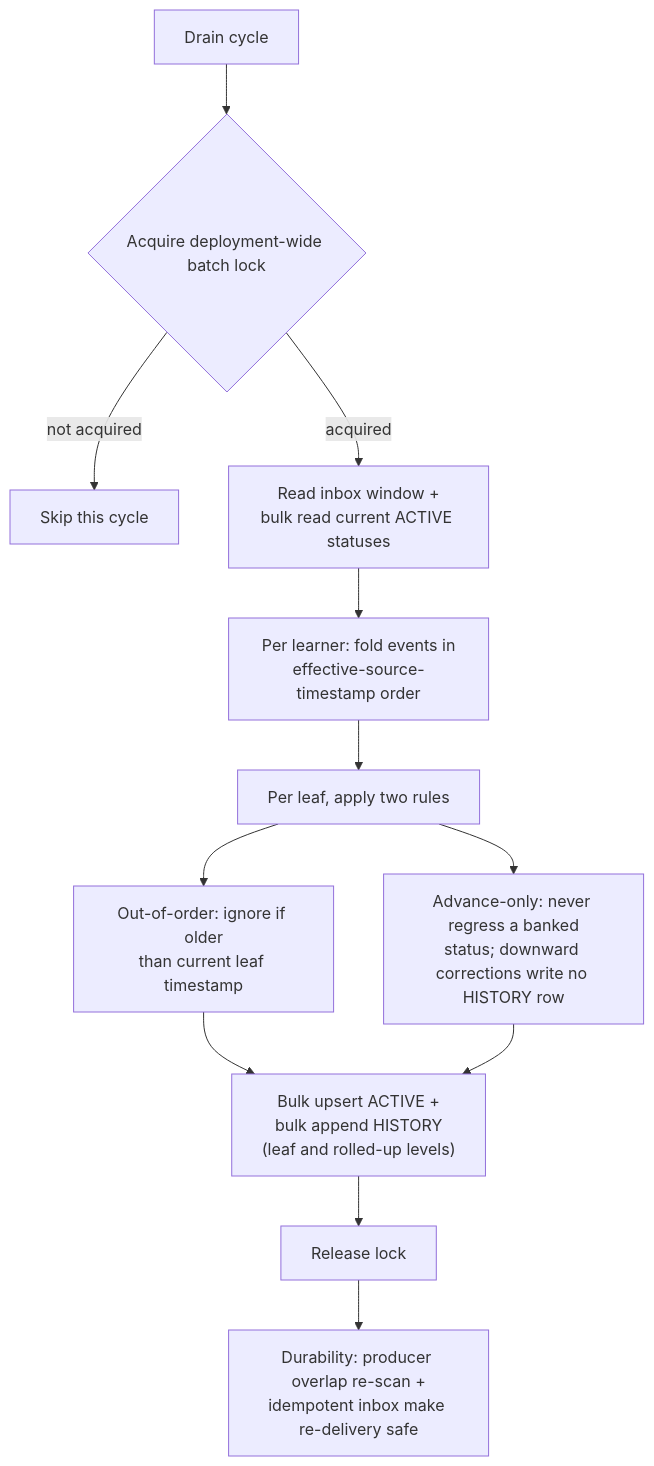
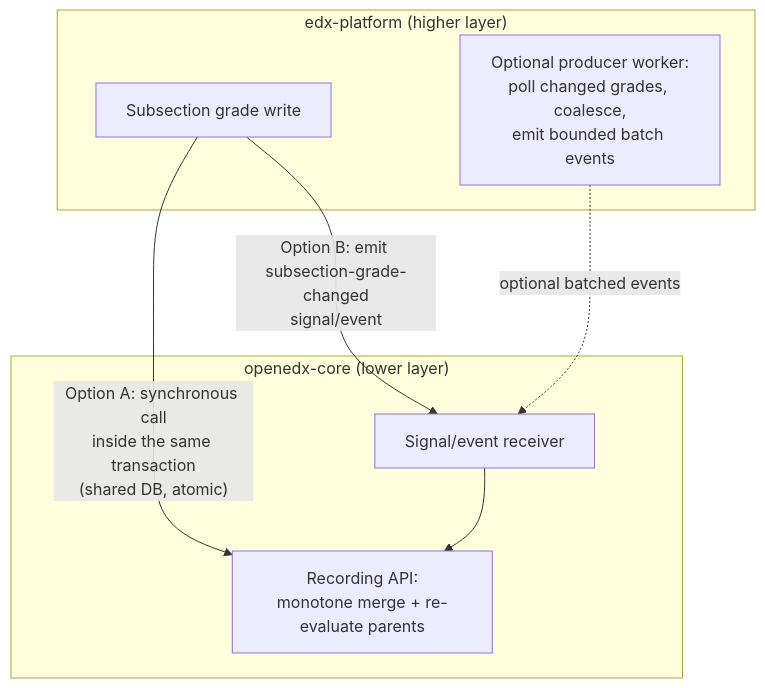
Before and after one commit to jesperhodge/openedx-core: the first of 3 diagrams in docs/openedx_learning/decisions/0004-competency-mastery-concurrency-diagrams.md, drawn with Mermaid. The commit also changed other lines of this file and 1 other file, not shown here.

Commit message:
docs: choose monotonic non-locking option

````diff
--- a/docs/openedx_learning/decisions/0004-competency-mastery-concurrency-diagrams.md
+++ b/docs/openedx_learning/decisions/0004-competency-mastery-concurrency-diagrams.md
@@ -48,14 +14,16 @@
 ```mermaid
 flowchart TD
-    START["Drain cycle"] --> LOCK{"Acquire deployment-wide batch lock"}
-    LOCK -->|"not acquired"| SKIP["Skip this cycle"]
-    LOCK -->|"acquired"| READ["Read inbox window +<br/>bulk read current ACTIVE statuses"]
-    READ --> FOLD["Per learner: fold events in<br/>effective-source-timestamp order"]
-    FOLD --> RULES["Per leaf, apply two rules"]
-    RULES --> OOO["Out-of-order: ignore if older<br/>than current leaf timestamp"]
-    RULES --> ADV["Advance-only: never regress a banked<br/>status; downward corrections write no HISTORY row"]
-    OOO --> WRITE["Bulk upsert ACTIVE +<br/>bulk append HISTORY<br/>(leaf and rolled-up levels)"]
-    ADV --> WRITE
-    WRITE --> UNLOCK["Release lock"]
-    UNLOCK --> DUR["Durability: producer overlap re-scan +<br/>idempotent inbox make re-delivery safe"]
+    subgraph EP["edx-platform (higher layer)"]
+        GRADE["Subsection grade write"]
+        PROD["Optional producer worker:<br/>poll changed grades, coalesce,<br/>emit bounded batch events"]
+    end
+    subgraph CORE["openedx-core (lower layer)"]
+        API["Recording API:<br/>monotone merge + re-evaluate parents"]
+        RCV["Signal/event receiver"]
+    end
+
+    GRADE -->|"Option A: synchronous call<br/>inside the same transaction<br/>(shared DB, atomic)"| API
+    GRADE -->|"Option B: emit subsection-grade-changed<br/>signal/event"| RCV
+    PROD -.->|"optional batched events"| RCV
+    RCV --> API
 ```
````
